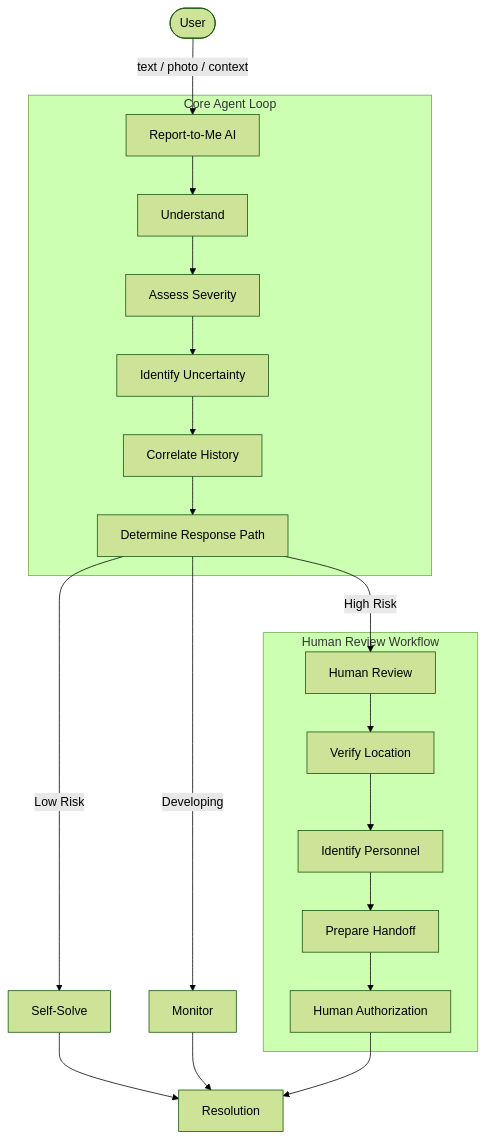
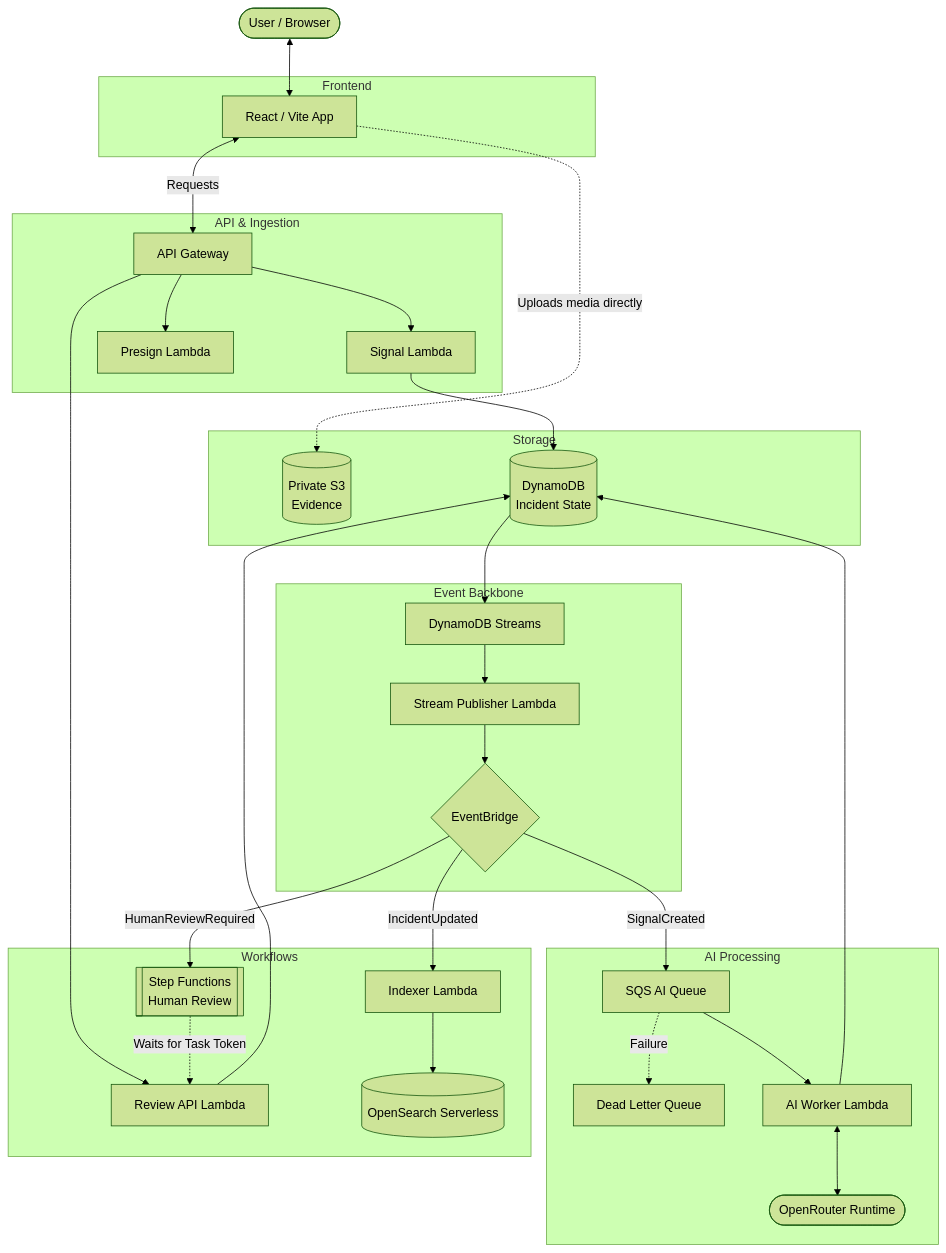
The first of 3 diagrams in README.md (jackso1328/report-to-me-ai), drawn with Mermaid (forest theme) before and after one commit. The commit also changed other lines of this file, not shown here.

````diff
--- a/README.md
+++ b/README.md
@@ -57,27 +74,66 @@
 ```mermaid
 flowchart TD
-    User([User]) -->|text / photo / context| Agent[Report-to-Me AI]
+    User([User / Browser])
     
-    subgraph Core Agent Loop
-        Agent --> Und[Understand]
-        Und --> Ass[Assess Severity]
-        Ass --> Unc[Identify Uncertainty]
-        Unc --> Cor[Correlate History]
-        Cor --> Dec[Determine Response Path]
+    subgraph Frontend
+        Vite[React / Vite App]
     end
     
-    Dec -->|Low Risk| SelfSolve[Self-Solve]
-    Dec -->|Developing| Monitor[Monitor]
-    Dec -->|High Risk| Review[Human Review]
-    
-    subgraph Human Review Workflow
-        Review --> Loc[Verify Location]
-        Loc --> Resp[Identify Personnel]
-        Resp --> Hand[Prepare Handoff]
-        Hand --> Auth[Human Authorization]
+    subgraph API & Ingestion
+        API[API Gateway]
+        Ingest[Signal Lambda]
+        Presign[Presign Lambda]
     end
     
-    SelfSolve --> Out[Resolution]
-    Monitor --> Out
-    Auth --> Out
+    subgraph Storage
+        S3[(Private S3\nEvidence)]
+        DDB[(DynamoDB\nIncident State)]
+    end
+    
+    subgraph Event Backbone
+        Streams[DynamoDB Streams]
+        Publisher[Stream Publisher Lambda]
+        EB{EventBridge}
+    end
+    
+    subgraph AI Processing
+        SQS[SQS AI Queue]
+        DLQ[Dead Letter Queue]
+        AIWorker[AI Worker Lambda]
+        OR([OpenRouter Runtime])
+    end
+    
+    subgraph Workflows
+        StepFunctions[[Step Functions\nHuman Review]]
+        ReviewAPI[Review API Lambda]
+        Indexer[Indexer Lambda]
+        OS[(OpenSearch Serverless)]
+    end
+
+    User <--> Vite
+    Vite -.->|Uploads media directly| S3
+    Vite <-->|Requests| API
+    
+    API --> Ingest
+    API --> Presign
+    API --> ReviewAPI
+    
+    Ingest --> DDB
+    DDB --> Streams
+    Streams --> Publisher
+    Publisher --> EB
+    
+    EB -->|SignalCreated| SQS
+    SQS -.->|Failure| DLQ
+    SQS --> AIWorker
+    
+    AIWorker <--> OR
+    AIWorker --> DDB
+    
+    EB -->|HumanReviewRequired| StepFunctions
+    StepFunctions -.->|Waits for Task Token| ReviewAPI
+    ReviewAPI --> DDB
+    
+    EB -->|IncidentUpdated| Indexer
+    Indexer --> OS
 ```
````
